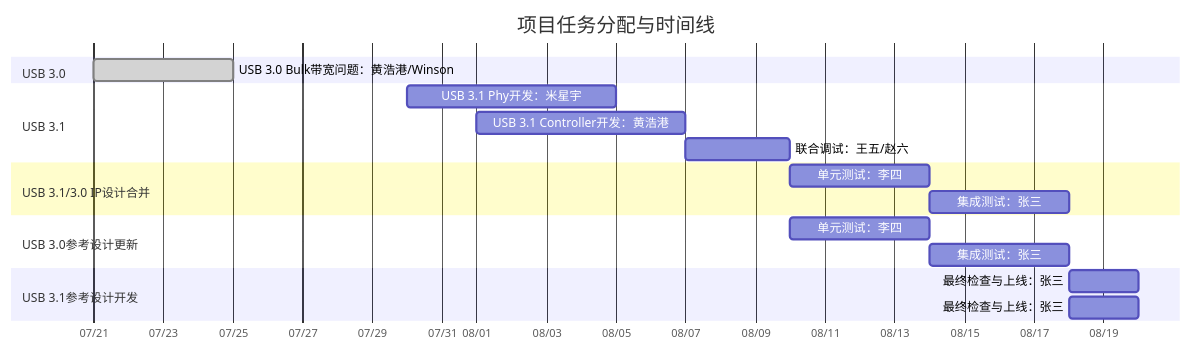
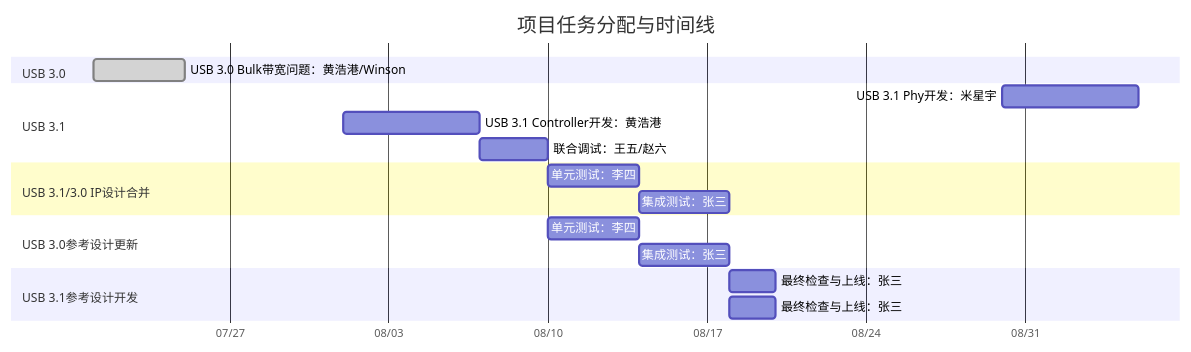
The diagram in all/未命名.md (winsonbook/iodraw-files), drawn with Mermaid before and after one commit.

Commit message:
2025-07-21 09:50:38 update

````diff
--- a/all/未命名.md
+++ b/all/未命名.md
@@ -1,29 +1,29 @@
 ```mermaid
 gantt
     title 项目任务分配与时间线
     dateFormat  YYYY-MM-DD
     axisFormat  %m/%d
 
     section USB 3.0
     USB 3.0 Bulk带宽问题：黄浩港/Winson   :done,    task1, 2025-07-21, 4d
 
     section USB 3.1
-    USB 3.1 Phy开发：米星宇      :         task3, 2025-07-30, 6d
-    USB 3.1 Controller开发：黄浩港      :         task4, 2025-08-01, 6d
+    USB 3.1 Phy开发：米星宇      :         task3, 2025-08-30, 6d
+    USB 3.1 Controller开发：黄浩港      :  task4, 2025-08-01, 6d
     联合调试：王五/赵六  :         task5, 2025-08-07, 3d
 
     section USB 3.1/3.0 IP设计合并
     单元测试：李四       :         task6, 2025-08-10, 4d
     集成测试：张三       :         task7, 2025-08-14, 4d
 
     section USB 3.0参考设计更新
     单元测试：李四       :         task6, 2025-08-10, 4d
     集成测试：张三       :         task7, 2025-08-14, 4d
 
     section USB 3.1参考设计开发
     最终检查与上线：张三 :         task8, 2025-08-18, 2d
 
     section USB 3.1参考设计开发
     最终检查与上线：张三 :         task8, 2025-08-18, 2d
 
 ```
````
